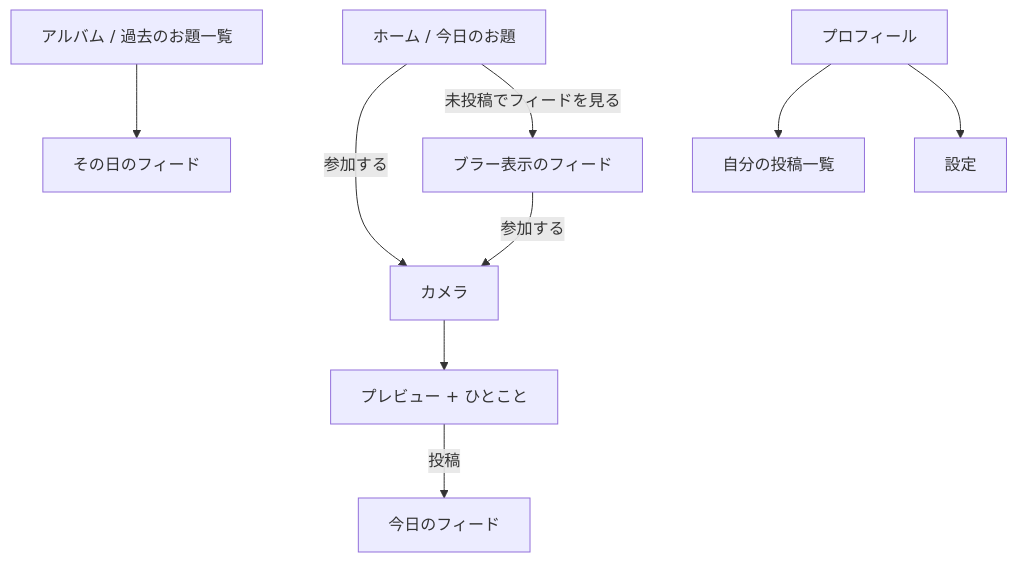
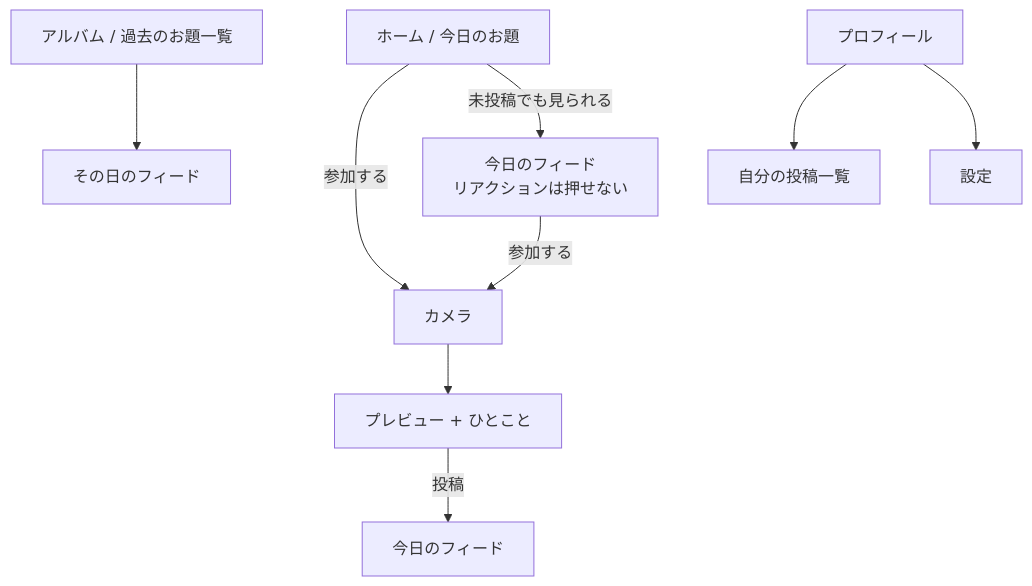
The diagram in docs/SPEC.md (buzzwole11/nonchan2), drawn with Mermaid before and after one commit. The commit also changed other lines of this file and 2 other files, not shown here.

````diff
--- a/docs/SPEC.md
+++ b/docs/SPEC.md
@@ -420,11 +472,11 @@
 ```mermaid
 flowchart TD
     A[ホーム / 今日のお題] -->|参加する| B[カメラ]
     B --> C[プレビュー + ひとこと]
     C -->|投稿| D[今日のフィード]
-    A -->|未投稿でフィードを見る| E[ブラー表示のフィード]
+    A -->|未投稿でも見られる| E[今日のフィード<br/>リアクションは押せない]
     E -->|参加する| B
     F[アルバム / 過去のお題一覧] --> G[その日のフィード]
     H[プロフィール] --> I[自分の投稿一覧]
     H --> J[設定]
 ```
````
